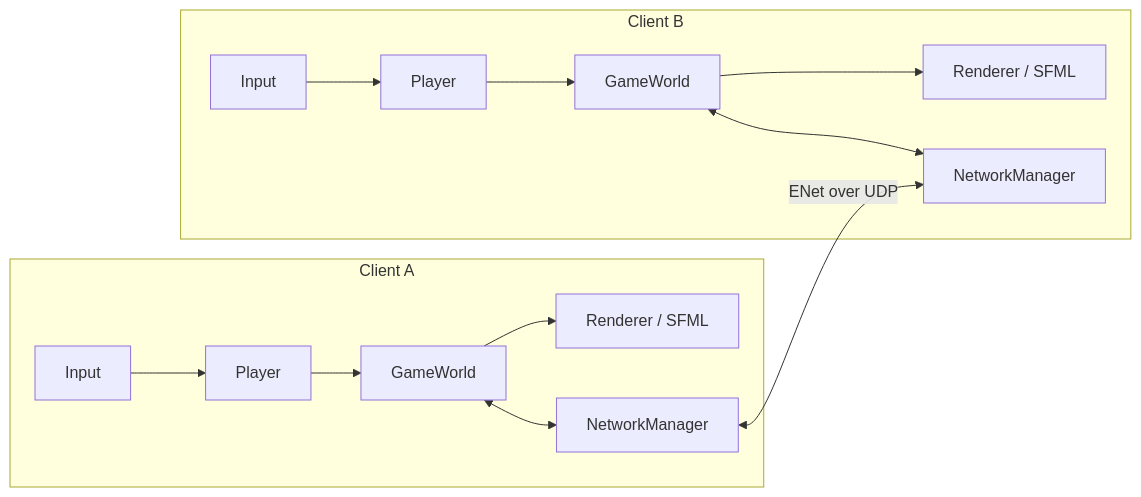
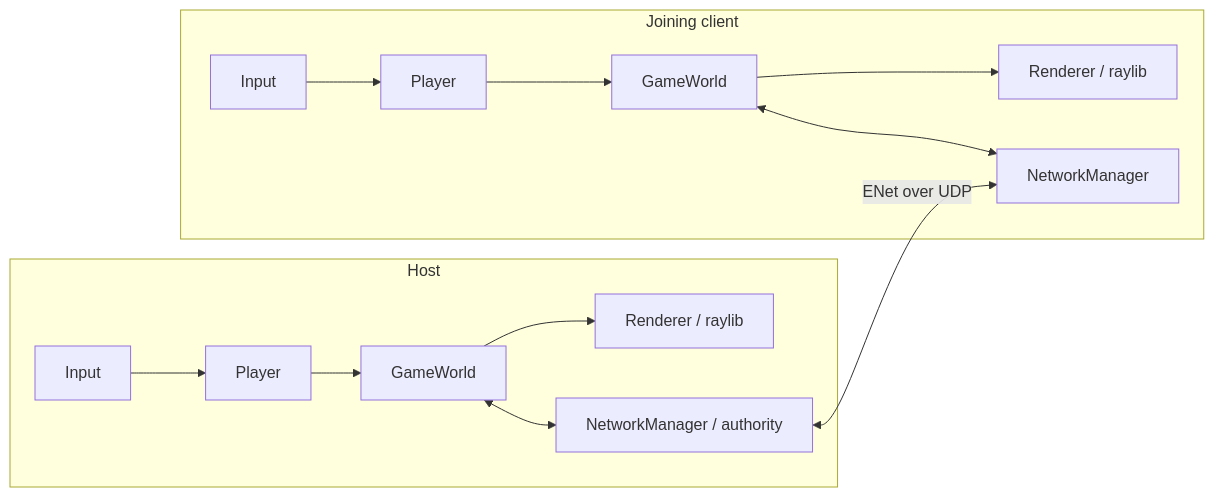
Before and after one commit to aditya9064/C-Final-Project: the fourth of 5 diagrams in README.md, drawn with Mermaid. The commit also changed other lines of this file and 14 other files, not shown here.

````diff
--- a/README.md
+++ b/README.md
@@ -171,16 +181,16 @@
 ```mermaid
 flowchart LR
-    subgraph ClientA [Client A]
+    subgraph Host [Host]
         InputA[Input] --> PlayerA[Player]
         PlayerA --> WorldA[GameWorld]
-        WorldA --> RendererA[Renderer / SFML]
-        WorldA <--> NetA[NetworkManager]
+        WorldA --> RendererA[Renderer / raylib]
+        WorldA <--> NetA[NetworkManager / authority]
     end
-    subgraph ClientB [Client B]
+    subgraph Client [Joining client]
         InputB[Input] --> PlayerB[Player]
         PlayerB --> WorldB[GameWorld]
-        WorldB --> RendererB[Renderer / SFML]
+        WorldB --> RendererB[Renderer / raylib]
         WorldB <--> NetB[NetworkManager]
     end
     NetA <-->|ENet over UDP| NetB
 ```
````
